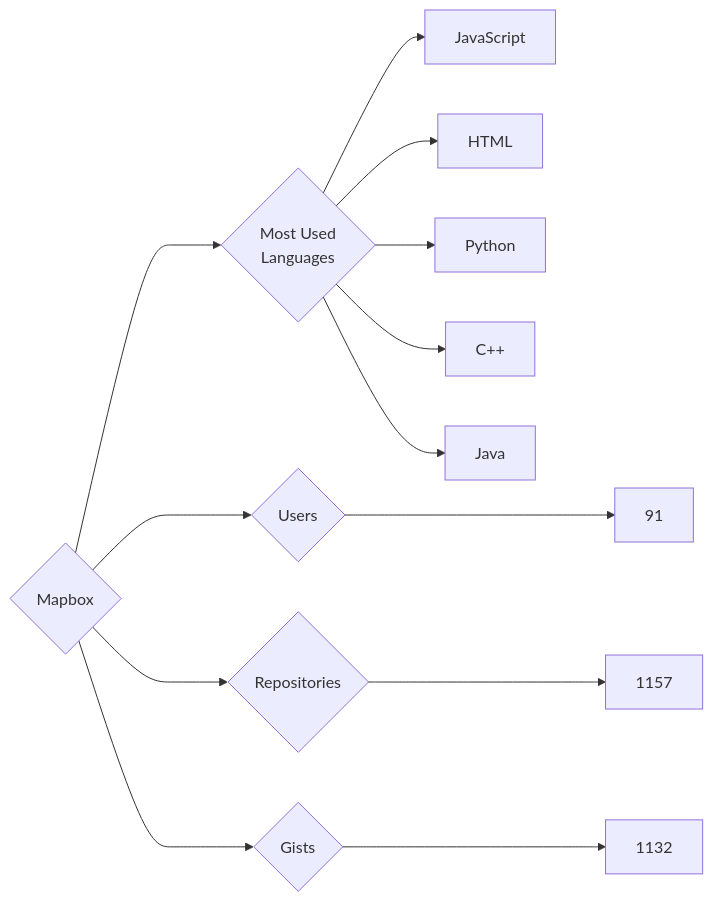
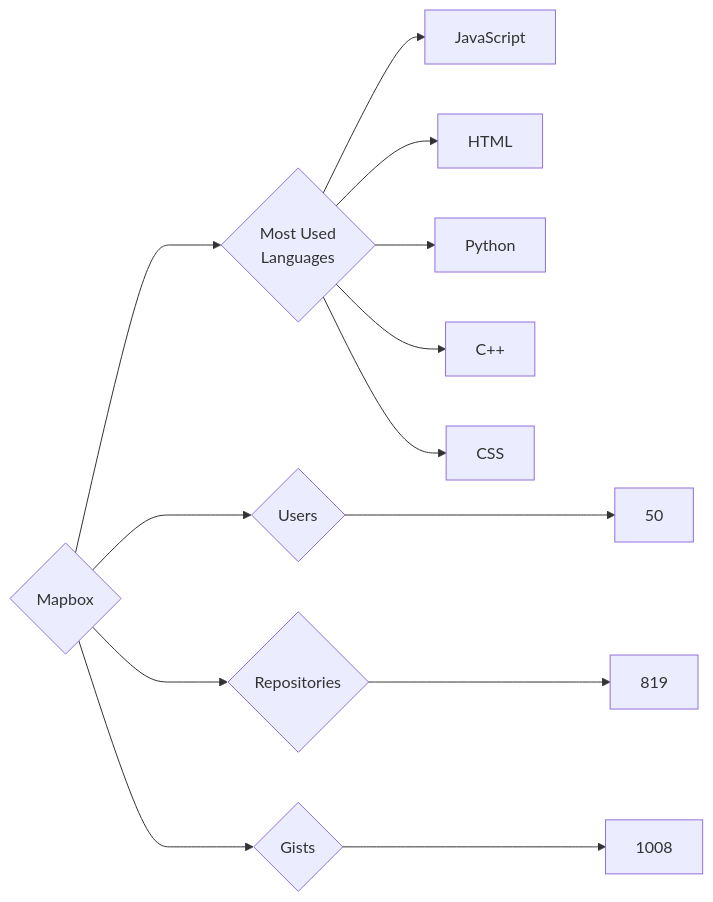
One commit to trickest/insiders changed the diagram in targets/Mapbox/README.md. Above: the diagram before and after it, drawn with Mermaid. The commit also changed 835 other files, not shown here.

````diff
--- a/targets/Mapbox/README.md
+++ b/targets/Mapbox/README.md
@@ -3,13 +3,13 @@
 ```mermaid
 graph LR
 COMPANY_NAME{Mapbox}
-COMPANY_NAME ---> U{Users} ---> UN[91]
-COMPANY_NAME ---> R{Repositories} ---> RN[1157]
-COMPANY_NAME ---> G{Gists} ---> GN[1132]
+COMPANY_NAME ---> U{Users} ---> UN[50]
+COMPANY_NAME ---> R{Repositories} ---> RN[819]
+COMPANY_NAME ---> G{Gists} ---> GN[1008]
 COMPANY_NAME ---> ML{Most Used<br>Languages}
 ML --> JavaScript[JavaScript]
 ML --> HTML[HTML]
 ML --> Python[Python]
 ML --> C++[C++]
-ML --> Java[Java]
+ML --> CSS[CSS]
 ```
````
